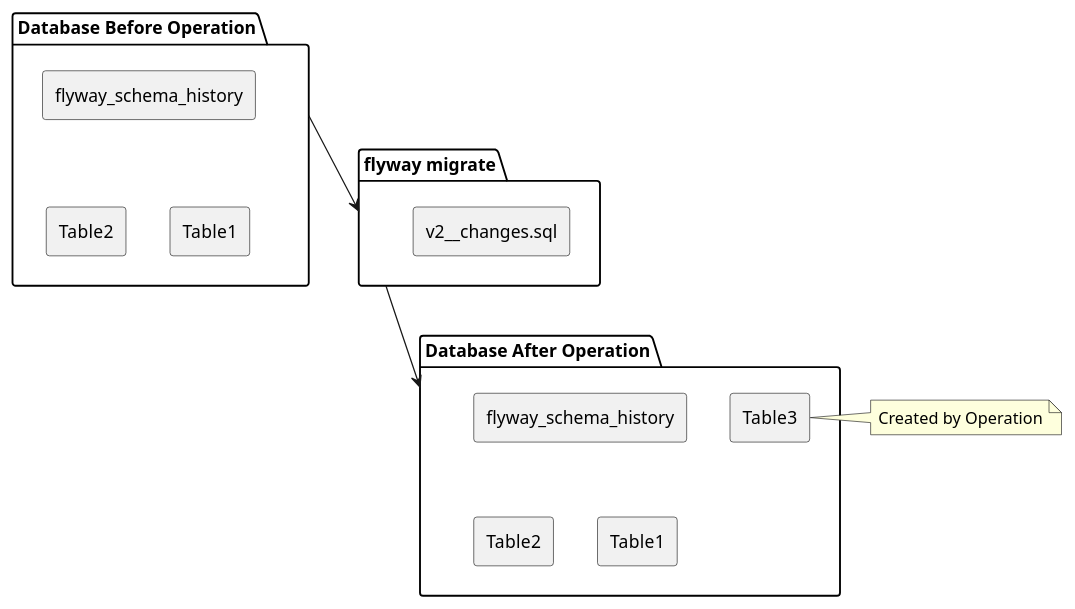
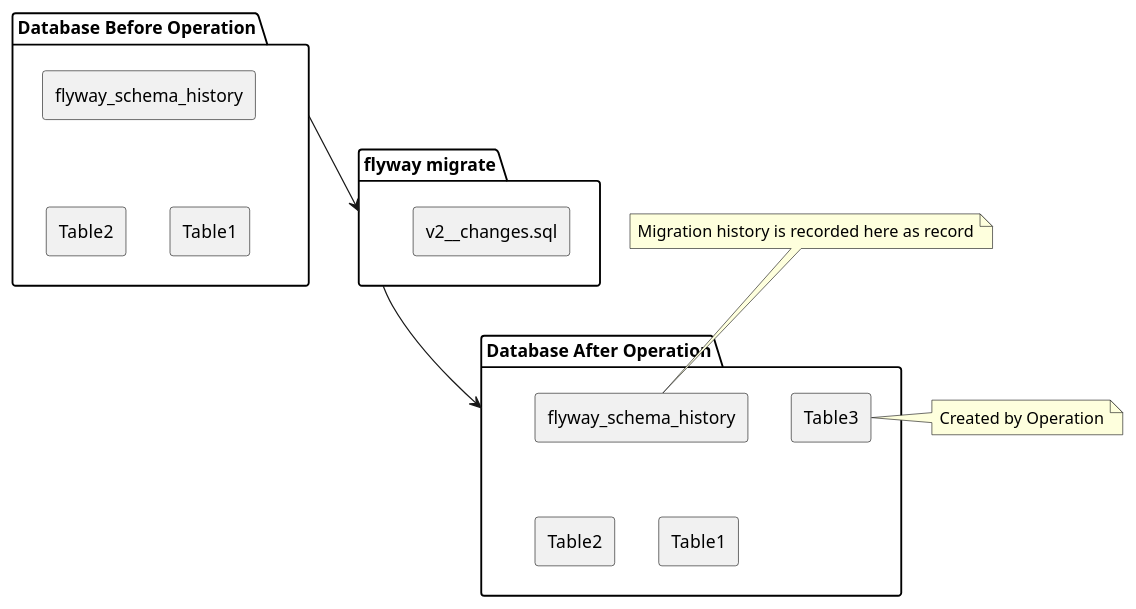
Before and after one commit to LangInteger/learning: the diagram in draw/plantuml/20201117-flyway-migrate.puml, drawn with PlantUML. The commit also changed 1 other file, not shown here.

```diff
--- a/draw/plantuml/20201117-flyway-migrate.puml
+++ b/draw/plantuml/20201117-flyway-migrate.puml
@@ -1,36 +1,37 @@
 @startuml
 
 skinparam componentStyle rectangle
 
 package "Database Before Operation" as DBO {
   [flyway_schema_history] as fsh_1
   [Table1] as table1_1
   [Table2] as table2_1
 }
 
 fsh_1 -[hidden]-> table1_1
 table2_1 -[hidden]> table1_1
 
 package "Database After Operation" as DAO {
   [flyway_schema_history] as fsh_2
   [Table1] as table1_2
   [Table2] as table2_2
   [Table3] as table3_2
 }
 
 fsh_2 -[hidden]-> table1_2
 table2_2 -[hidden]> table1_2
 
 package "flyway migrate" as OP {
     [v2__changes.sql] as file
 }
 
 table1_1 -[hidden]> file
 file -[hidden]-> DAO
 
 DBO -> OP
 OP -> DAO
 
 note left of table3_2 : Created by Operation
+note top of fsh_2: Migration history is recorded here as record
 
 @enduml
```
